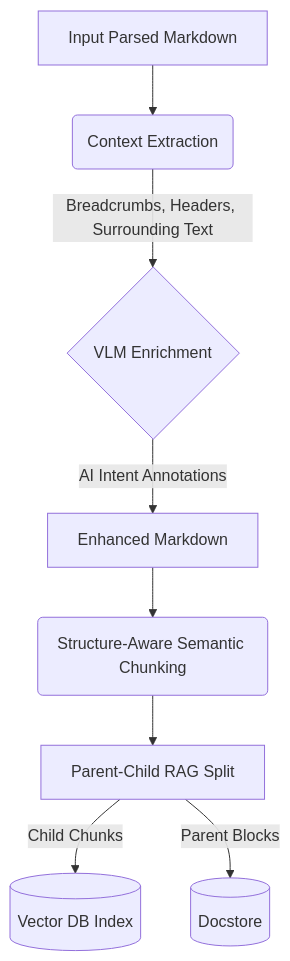
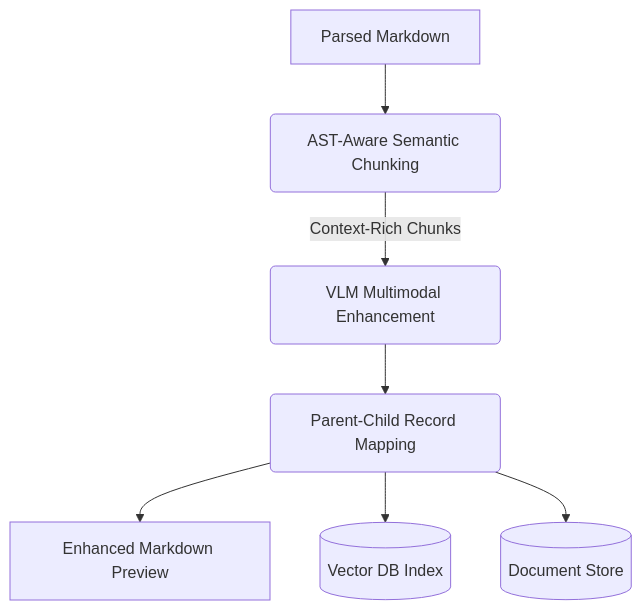
The diagram in README.md (Flying-Henanese/rag_enhanced_caption), drawn with Mermaid before and after one commit. The commit also changed other lines of this file and 19 other files, not shown here.

````diff
--- a/README.md
+++ b/README.md
@@ -58,10 +58,9 @@
 ```mermaid
 graph TD
-    A[Input Parsed Markdown] --> B(Context Extraction)
-    B -->|Breadcrumbs, Headers, Surrounding Text| C{VLM Enrichment}
-    C -->|AI Intent Annotations| D[Enhanced Markdown]
-    D --> E(Structure-Aware Semantic Chunking)
-    E --> F[Parent-Child RAG Split]
-    F -->|Child Chunks| G[(Vector DB Index)]
-    F -->|Parent Blocks| H[(Docstore)]
+    A[Parsed Markdown] --> B(AST-Aware Semantic Chunking)
+    B -->|Context-Rich Chunks| C(VLM Multimodal Enhancement)
+    C --> D(Parent-Child Record Mapping)
+    D --> E[Enhanced Markdown Preview]
+    D --> F[(Vector DB Index)]
+    D --> G[(Document Store)]
 ```
````
